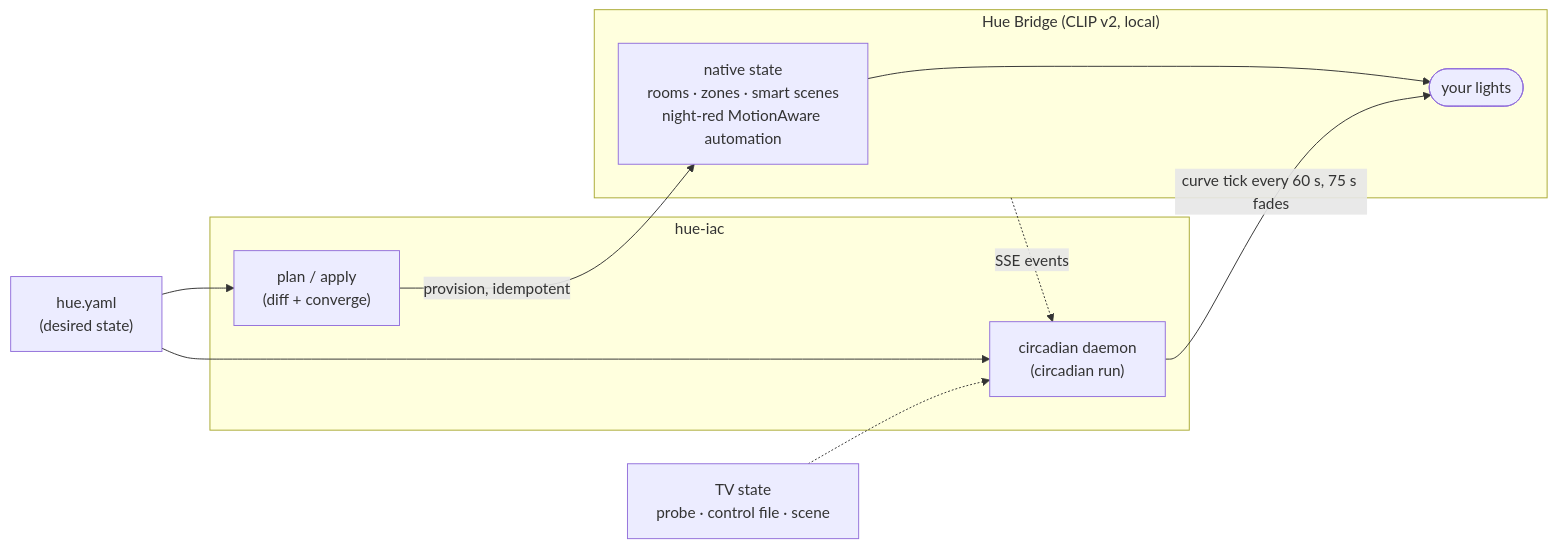
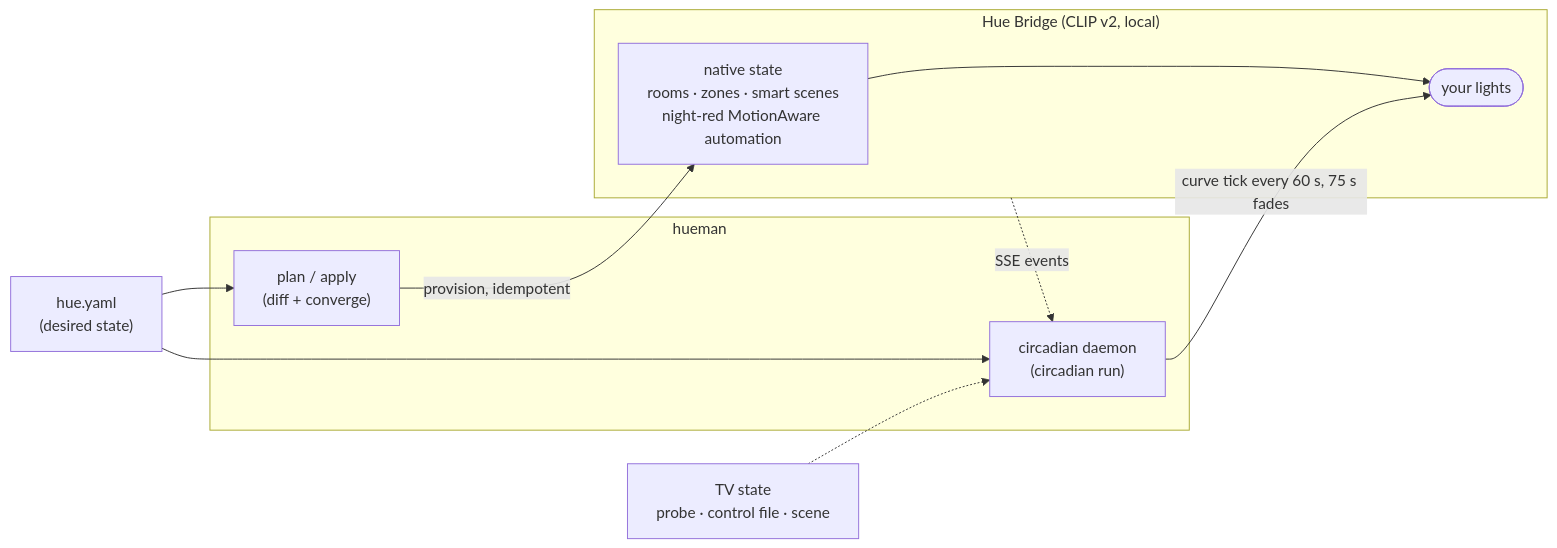
One commit to cnewkirk/hueman changed the first of 2 diagrams in README.md. Above: the diagram before and after it, drawn with Mermaid. The commit also changed other lines of this file and 45 other files, not shown here.

First line of the commit message:
rename: package hue_iac → hueman, CLI hue-iac → hueman (#3)

````diff
--- a/README.md
+++ b/README.md
@@ -20,24 +16,24 @@
 ```mermaid
 flowchart LR
     yaml["hue.yaml<br/>(desired state)"]
 
-    subgraph cli["hue-iac"]
+    subgraph cli["hueman"]
         plan["plan / apply<br/>(diff + converge)"]
         daemon["circadian daemon<br/>(circadian run)"]
     end
 
     subgraph bridge["Hue Bridge (CLIP v2, local)"]
         native["native state<br/>rooms · zones · smart scenes<br/>night-red MotionAware automation"]
         lights(["your lights"])
     end
 
     tv["TV state<br/>probe · control file · scene"]
 
     yaml --> plan
     yaml --> daemon
     plan -->|provision, idempotent| native
     native --> lights
     daemon -->|"curve tick every 60 s, 75 s fades"| lights
     tv -.-> daemon
     bridge -.->|SSE events| daemon
 ```
````
